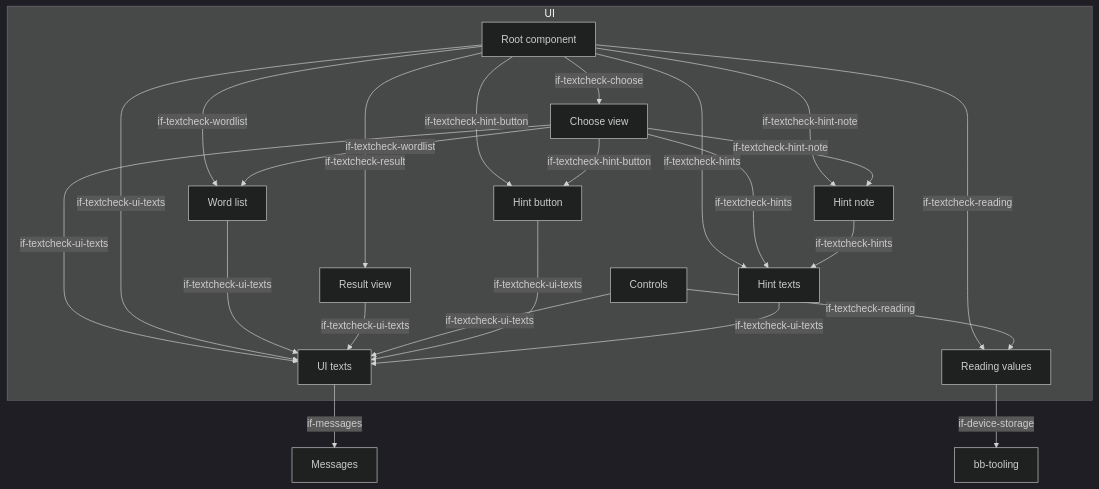
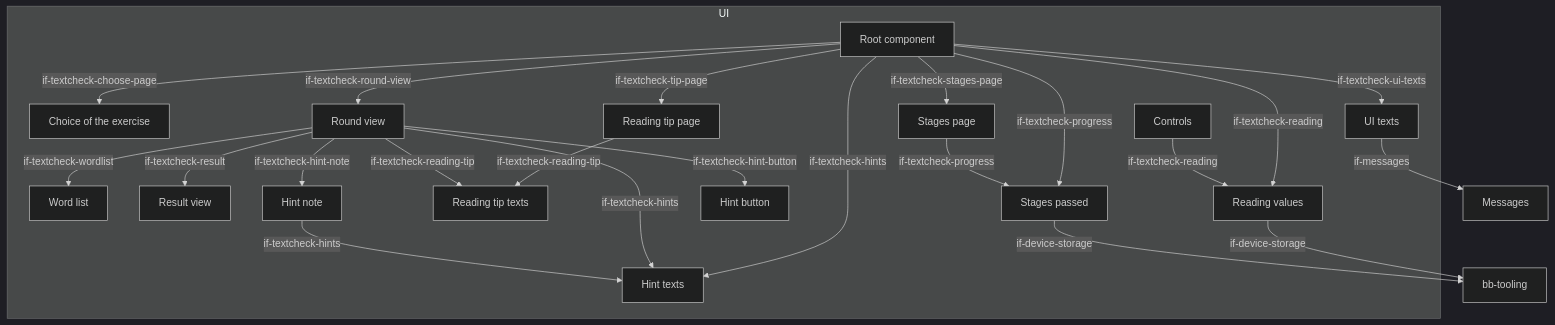
One commit to mrsimpson/textcheck changed the fifth of 6 diagrams in docs/arc42/05-building-blocks.arc42.md. Above: the diagram before and after it, drawn with Mermaid (dark theme). The commit also changed other lines of this file and 202 other files, not shown here.

````diff
--- a/docs/arc42/05-building-blocks.arc42.md
+++ b/docs/arc42/05-building-blocks.arc42.md
@@ -887,38 +921,42 @@
 ```mermaid
 flowchart TB
     subgraph bb-interactive-ui["UI"]
         bb-textcheck-root["Root component"]
+        bb-textcheck-choose-page["Choice of the exercise"]
+        bb-textcheck-stages-page["Stages page"]
+        bb-textcheck-tip-page["Reading tip page"]
+        bb-textcheck-round-view["Round view"]
         bb-textcheck-wordlist["Word list"]
-        bb-textcheck-choose["Choose view"]
         bb-textcheck-result["Result view"]
         bb-textcheck-ui-texts["UI texts"]
         bb-textcheck-controls["Controls"]
         bb-textcheck-reading["Reading values"]
+        bb-textcheck-reading-tip["Reading tip texts"]
+        bb-textcheck-progress["Stages passed"]
         bb-textcheck-hint-button["Hint button"]
         bb-textcheck-hint-note["Hint note"]
         bb-textcheck-hints["Hint texts"]
     end
     bb-interactive-messages["Messages"]
-    bb-textcheck-root -->|"if-textcheck-wordlist"| bb-textcheck-wordlist
-    bb-textcheck-root -->|"if-textcheck-choose"| bb-textcheck-choose
-    bb-textcheck-root -->|"if-textcheck-result"| bb-textcheck-result
-    bb-textcheck-choose -->|"if-textcheck-wordlist"| bb-textcheck-wordlist
-    bb-textcheck-choose -->|"if-textcheck-ui-texts"| bb-textcheck-ui-texts
+    bb-textcheck-root -->|"if-textcheck-choose-page"| bb-textcheck-choose-page
+    bb-textcheck-root -->|"if-textcheck-stages-page"| bb-textcheck-stages-page
+    bb-textcheck-root -->|"if-textcheck-tip-page"| bb-textcheck-tip-page
+    bb-textcheck-root -->|"if-textcheck-round-view"| bb-textcheck-round-view
+    bb-textcheck-root -->|"if-textcheck-reading"| bb-textcheck-reading
+    bb-textcheck-root -->|"if-textcheck-progress"| bb-textcheck-progress
+    bb-textcheck-root -->|"if-textcheck-hints"| bb-textcheck-hints
+    bb-textcheck-stages-page -->|"if-textcheck-progress"| bb-textcheck-progress
+    bb-textcheck-tip-page -->|"if-textcheck-reading-tip"| bb-textcheck-reading-tip
+    bb-textcheck-round-view -->|"if-textcheck-reading-tip"| bb-textcheck-reading-tip
+    bb-textcheck-round-view -->|"if-textcheck-wordlist"| bb-textcheck-wordlist
+    bb-textcheck-round-view -->|"if-textcheck-result"| bb-textcheck-result
+    bb-textcheck-round-view -->|"if-textcheck-hint-button"| bb-textcheck-hint-button
+    bb-textcheck-round-view -->|"if-textcheck-hint-note"| bb-textcheck-hint-note
+    bb-textcheck-round-view -->|"if-textcheck-hints"| bb-textcheck-hints
+    bb-textcheck-hint-note -->|"if-textcheck-hints"| bb-textcheck-hints
+    bb-textcheck-controls -->|"if-textcheck-reading"| bb-textcheck-reading
+    bb-textcheck-reading -->|"if-device-storage"| bb-tooling
+    bb-textcheck-progress -->|"if-device-storage"| bb-tooling
     bb-textcheck-root -->|"if-textcheck-ui-texts"| bb-textcheck-ui-texts
-    bb-textcheck-wordlist -->|"if-textcheck-ui-texts"| bb-textcheck-ui-texts
-    bb-textcheck-result -->|"if-textcheck-ui-texts"| bb-textcheck-ui-texts
     bb-textcheck-ui-texts -->|"if-messages"| bb-interactive-messages
-    bb-textcheck-root -->|"if-textcheck-reading"| bb-textcheck-reading
-    bb-textcheck-controls -->|"if-textcheck-reading"| bb-textcheck-reading
-    bb-textcheck-controls -->|"if-textcheck-ui-texts"| bb-textcheck-ui-texts
-    bb-textcheck-reading -->|"if-device-storage"| bb-tooling
-    bb-textcheck-root -->|"if-textcheck-hint-button"| bb-textcheck-hint-button
-    bb-textcheck-root -->|"if-textcheck-hint-note"| bb-textcheck-hint-note
-    bb-textcheck-root -->|"if-textcheck-hints"| bb-textcheck-hints
-    bb-textcheck-choose -->|"if-textcheck-hint-button"| bb-textcheck-hint-button
-    bb-textcheck-choose -->|"if-textcheck-hint-note"| bb-textcheck-hint-note
-    bb-textcheck-choose -->|"if-textcheck-hints"| bb-textcheck-hints
-    bb-textcheck-hint-note -->|"if-textcheck-hints"| bb-textcheck-hints
-    bb-textcheck-hint-button -->|"if-textcheck-ui-texts"| bb-textcheck-ui-texts
-    bb-textcheck-hints -->|"if-textcheck-ui-texts"| bb-textcheck-ui-texts
 ```
````
